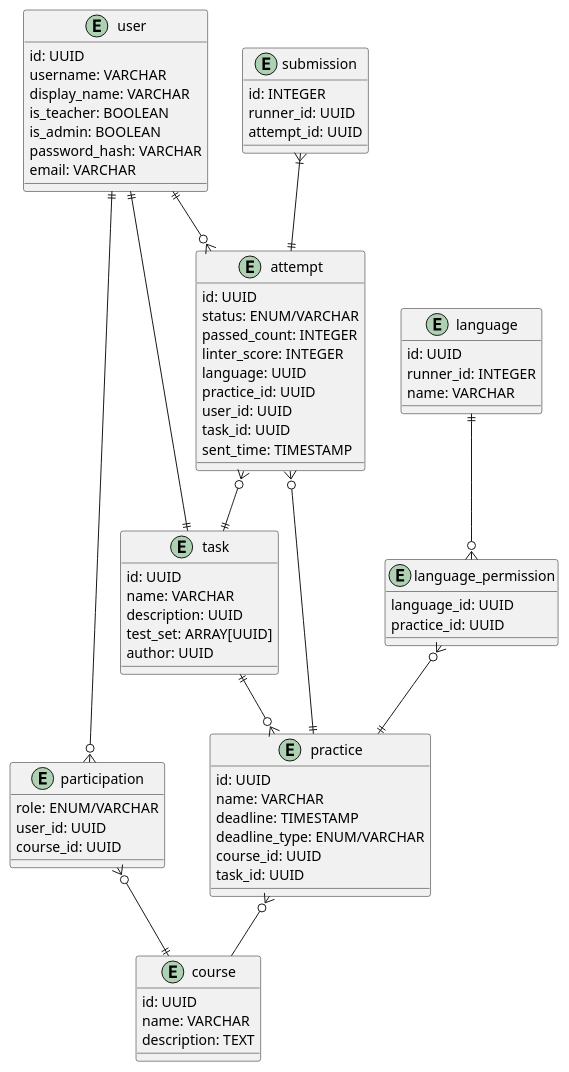
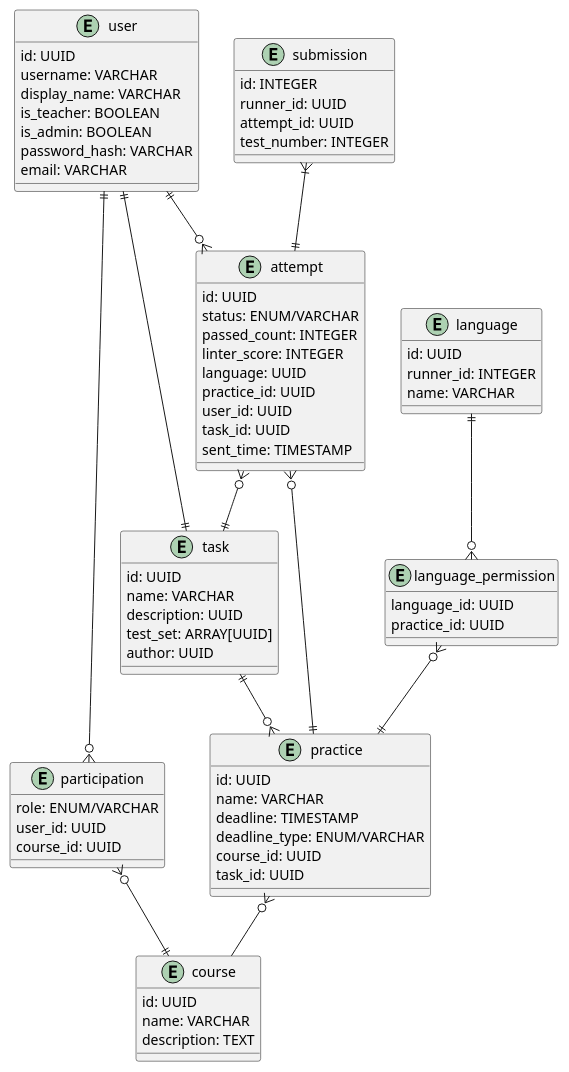
One commit to AKovalyuk/automated-lab-testing-sibfu-backend changed the diagram in doc/entity-relationship.puml. Above: the diagram before and after it, drawn with PlantUML. The commit also changed 6 other files, not shown here.

```diff
--- a/doc/entity-relationship.puml
+++ b/doc/entity-relationship.puml
@@ -1,83 +1,84 @@
 @startuml
 
 entity user {
     id: UUID
     username: VARCHAR
     display_name: VARCHAR
     is_teacher: BOOLEAN
     is_admin: BOOLEAN
     password_hash: VARCHAR
     email: VARCHAR
 }
 
 entity participation {
     role: ENUM/VARCHAR
     user_id: UUID
     course_id: UUID
 }
 
 entity course {
     id: UUID
     name: VARCHAR
     description: TEXT
 }
 
 entity task {
     id: UUID
     name: VARCHAR
     description: UUID
     test_set: ARRAY[UUID]
     author: UUID
 }
 
 entity practice {
     id: UUID
     name: VARCHAR
     deadline: TIMESTAMP
     deadline_type: ENUM/VARCHAR
     course_id: UUID
     task_id: UUID
 }
 
 entity attempt {
     id: UUID
     status: ENUM/VARCHAR
     passed_count: INTEGER
     linter_score: INTEGER
     language: UUID
     practice_id: UUID
     user_id: UUID
     task_id: UUID
     sent_time: TIMESTAMP
 }
 
 entity submission {
     id: INTEGER
     runner_id: UUID
     attempt_id: UUID
+    test_number: INTEGER
 }
 
 entity language {
     id: UUID
     runner_id: INTEGER
     name: VARCHAR
 }
 
 entity language_permission {
     language_id: UUID
     practice_id: UUID
 }
 
 user ||--o{ attempt
 attempt }o--|| task
 attempt }o--|| practice
 user ||--o{ participation
 participation }o--|| course
 practice }o-- course
 user ||--|| task
 language ||--o{ language_permission
 language_permission }o--|| practice
 task ||--o{ practice
 submission }|--|| attempt
 
 @enduml
```
